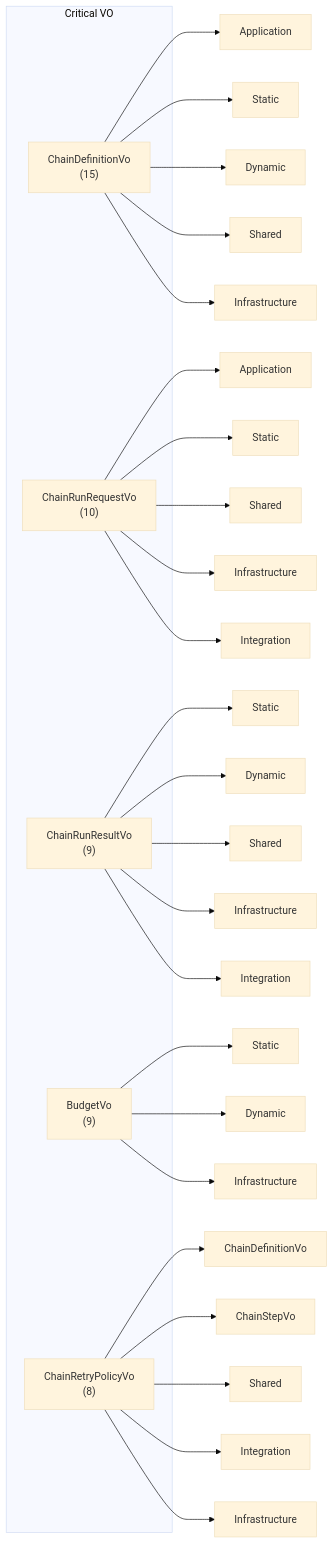
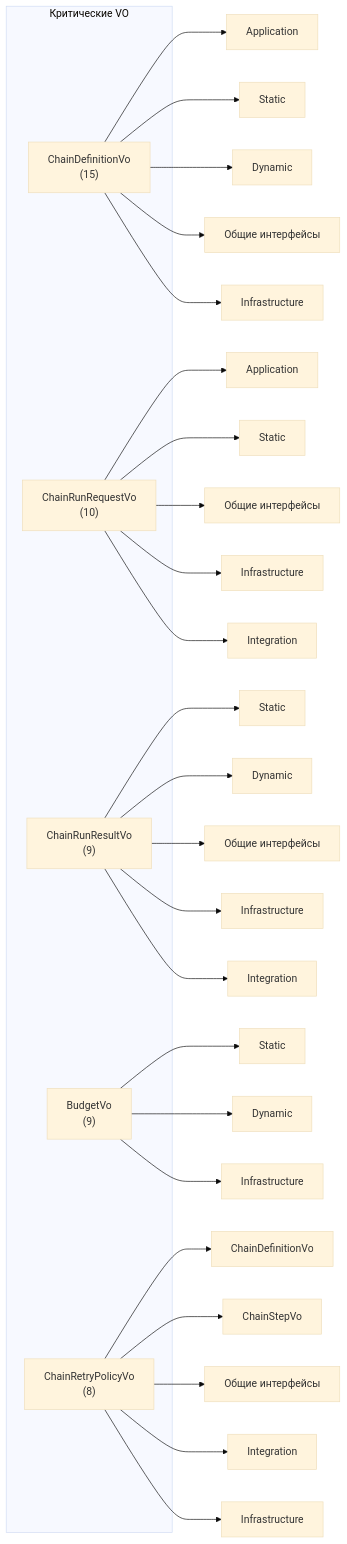
One commit to prikotov/task-orchestrator changed the second of 2 diagrams in docs/releases/domain-inventory-orchestrator.md. Above: the diagram before and after it, drawn with Mermaid (base theme). The commit also changed other lines of this file and 49 other files, not shown here.

````diff
--- a/docs/releases/domain-inventory-orchestrator.md
+++ b/docs/releases/domain-inventory-orchestrator.md
@@ -362,38 +362,38 @@
 ```mermaid
 graph LR
-    subgraph Critical VO
+    subgraph "Критические VO"
         CD["ChainDefinitionVo<br/>(15)"]
         CRQ["ChainRunRequestVo<br/>(10)"]
         CRR["ChainRunResultVo<br/>(9)"]
         BV["BudgetVo<br/>(9)"]
         CRP["ChainRetryPolicyVo<br/>(8)"]
     end
 
     CD --> APP1["Application"]
-    CD --> STATIC1["Static"]
-    CD --> DYNAMIC1["Dynamic"]
-    CD --> SHARED1["Shared"]
+    CD --> СТАТИЧЕСКИЙ1["Static"]
+    CD --> ДИНАМИЧЕСКИЙ1["Dynamic"]
+    CD --> X1["Общие интерфейсы"]
     CD --> INFRA1["Infrastructure"]
 
     CRQ --> APP2["Application"]
-    CRQ --> STATIC2["Static"]
-    CRQ --> SHARED2["Shared"]
+    CRQ --> СТАТИЧЕСКИЙ2["Static"]
+    CRQ --> X2["Общие интерфейсы"]
     CRQ --> INFRA2["Infrastructure"]
     CRQ --> INT2["Integration"]
 
-    CRR --> STATIC3["Static"]
-    CRR --> DYNAMIC3["Dynamic"]
-    CRR --> SHARED3["Shared"]
+    CRR --> СТАТИЧЕСКИЙ3["Static"]
+    CRR --> ДИНАМИЧЕСКИЙ3["Dynamic"]
+    CRR --> X3["Общие интерфейсы"]
     CRR --> INFRA3["Infrastructure"]
     CRR --> INT3["Integration"]
 
-    BV --> STATIC4["Static"]
-    BV --> DYNAMIC4["Dynamic"]
+    BV --> СТАТИЧЕСКИЙ4["Static"]
+    BV --> ДИНАМИЧЕСКИЙ4["Dynamic"]
     BV --> INFRA4["Infrastructure"]
 
     CRP --> VO4["ChainDefinitionVo"]
     CRP --> VO5["ChainStepVo"]
-    CRP --> SHARED4["Shared"]
+    CRP --> X4["Общие интерфейсы"]
     CRP --> INT4["Integration"]
     CRP --> INFRA5["Infrastructure"]
 ```
````
